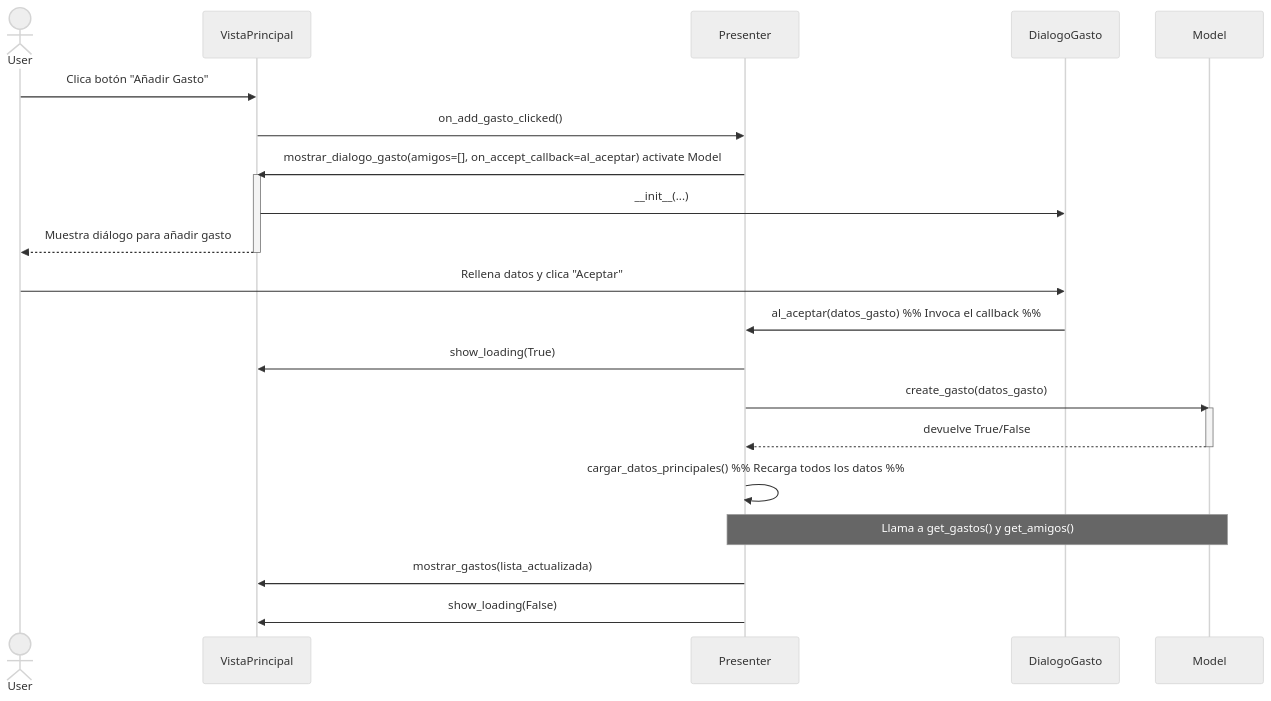
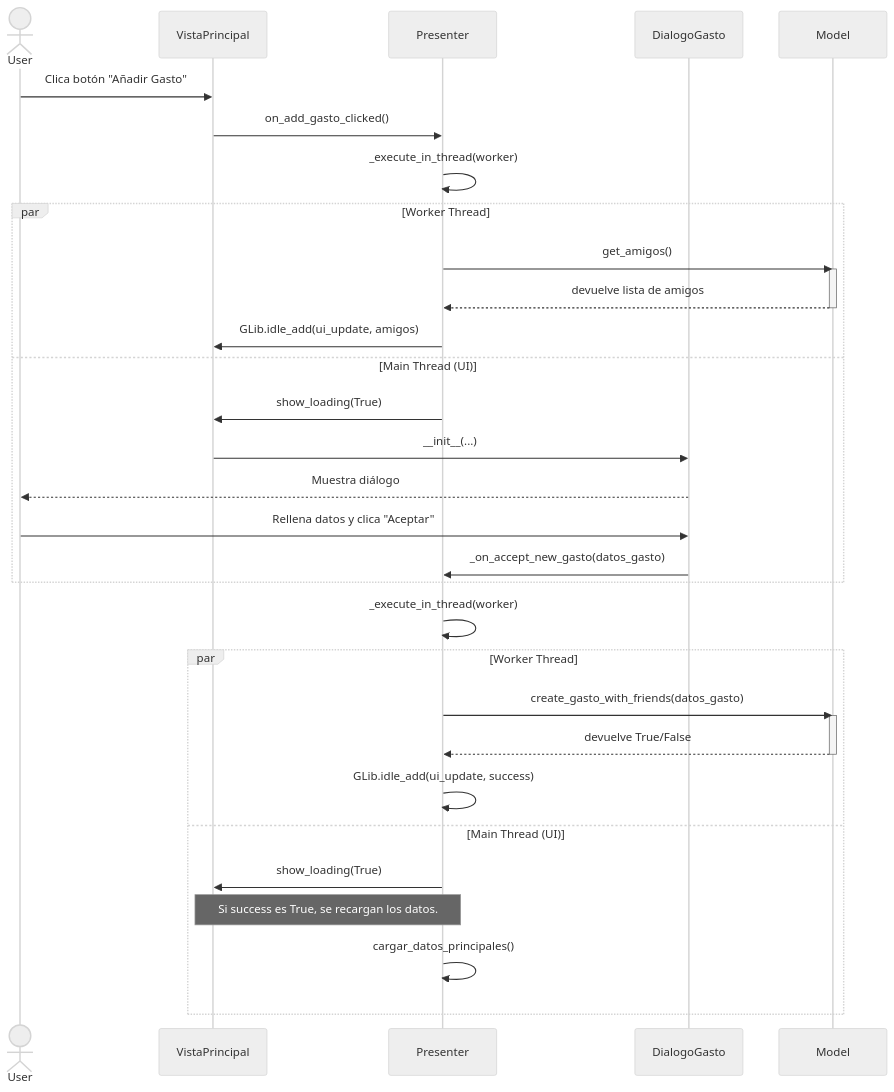
One commit to pablofernandezz/hmi-desktop-app changed the second of 8 diagrams in diseño_sw.md. Above: the diagram before and after it, drawn with Mermaid (neutral theme). The commit also changed other lines of this file, not shown here.

Commit message:
Diagramas actualizados después de la correción del diseño

````diff
--- a/diseño_sw.md
+++ b/diseño_sw.md
@@ -112,34 +159,45 @@
 ```mermaid
 sequenceDiagram
     actor User
     participant VistaPrincipal
     participant Presenter
     participant DialogoGasto
     participant Model
 
     User->>VistaPrincipal: Clica botón "Añadir Gasto"
     VistaPrincipal->>Presenter: on_add_gasto_clicked()
     
-    Presenter->>VistaPrincipal: mostrar_dialogo_gasto(amigos=[], on_accept_callback=al_aceptar)    activate Model
-    activate VistaPrincipal
-    VistaPrincipal->>DialogoGasto: __init__(...)
-    VistaPrincipal-->>User: Muestra diálogo para añadir gasto
-    deactivate VistaPrincipal
+    Presenter->>Presenter: _execute_in_thread(worker)
     
-    User->>DialogoGasto: Rellena datos y clica "Aceptar"
-    DialogoGasto->>Presenter: al_aceptar(datos_gasto) %% Invoca el callback %%
+    par Worker Thread
+        Presenter->>Model: get_amigos()
+        activate Model
+        Model-->>Presenter: devuelve lista de amigos
+        deactivate Model
+        
+        Presenter->>VistaPrincipal: GLib.idle_add(ui_update, amigos)
+    and Main Thread (UI)
+        Presenter->>VistaPrincipal: show_loading(True)
+        VistaPrincipal->>DialogoGasto: __init__(...)
+        DialogoGasto-->>User: Muestra diálogo
+        User->>DialogoGasto: Rellena datos y clica "Aceptar"
+        DialogoGasto->>Presenter: _on_accept_new_gasto(datos_gasto)
+    end
 
-    Presenter->>VistaPrincipal: show_loading(True)
+    Presenter->>Presenter: _execute_in_thread(worker)
     
-    Presenter->>Model: create_gasto(datos_gasto)
-    activate Model
-    Model-->>Presenter: devuelve True/False
-    deactivate Model
+    par Worker Thread
+        Presenter->>Model: create_gasto_with_friends(datos_gasto)
+        activate Model
+        Model-->>Presenter: devuelve True/False
+        deactivate Model
+        
+        Presenter->>Presenter: GLib.idle_add(ui_update, success)
+    and Main Thread (UI)
+        Presenter->>VistaPrincipal: show_loading(True)
+        Note over Presenter, VistaPrincipal: Si success es True, se recargan los datos.
     
-    Presenter->>Presenter: cargar_datos_principales() %% Recarga todos los datos %%
+        Presenter->>Presenter: cargar_datos_principales()
+    end
     
-    Note over Presenter, Model: Llama a get_gastos() y get_amigos()
-    
-    Presenter->>VistaPrincipal: mostrar_gastos(lista_actualizada)
-    Presenter->>VistaPrincipal: show_loading(False)
 ```
````
